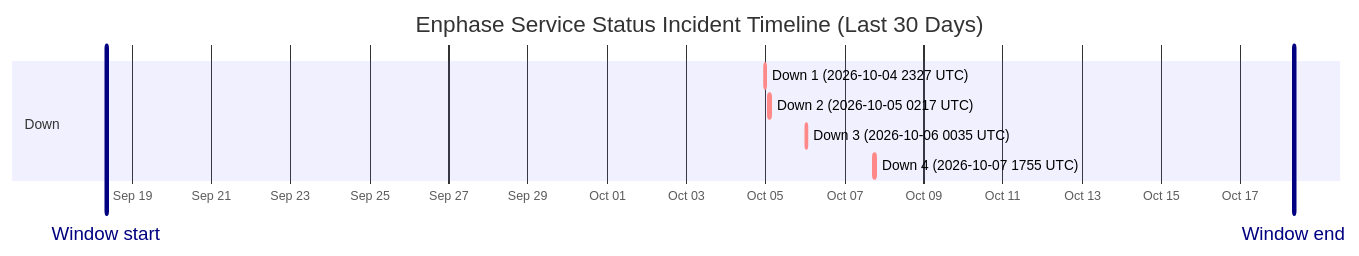
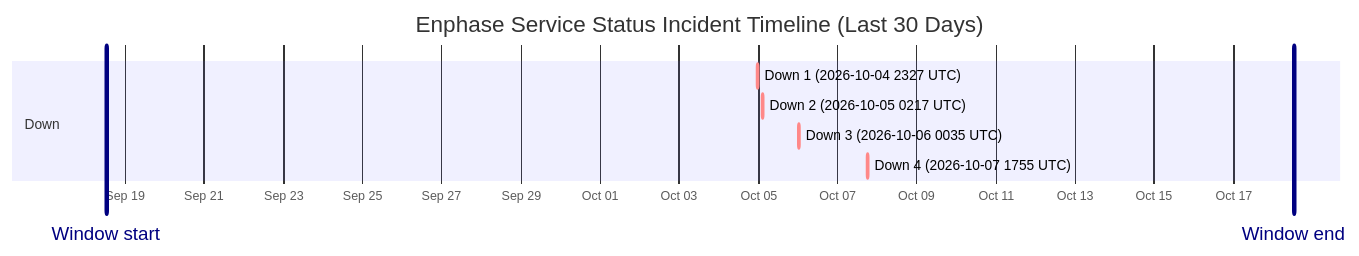
The diagram in wiki/Service-Status-History.md (barneyonline/ha-enphase-energy), drawn with Mermaid before and after one commit. The commit also changed other lines of this file and 3 other files, not shown here.

````diff
--- a/wiki/Service-Status-History.md
+++ b/wiki/Service-Status-History.md
@@ -14,13 +14,13 @@
 ```mermaid
 gantt
     title Enphase Service Status Incident Timeline (Last 30 Days)
     dateFormat  YYYY-MM-DDTHH:mm:ss
     axisFormat  %b %d
-    Window start :vert, window-start, 2026-09-18T08:13:47, 0ms
-    Window end :vert, window-end, 2026-10-18T08:13:47, 0ms
+    Window start :vert, window-start, 2026-09-18T12:42:39, 0ms
+    Window end :vert, window-end, 2026-10-18T12:42:39, 0ms
     section Down
     Down 1 (2026-10-04 2327 UTC) :crit, down-1, 2026-10-04T23:27:34, 60m
     Down 2 (2026-10-05 0217 UTC) :crit, down-2, 2026-10-05T02:17:30, 60m
     Down 3 (2026-10-06 0035 UTC) :crit, down-3, 2026-10-06T00:35:21, 60m
     Down 4 (2026-10-07 1755 UTC) :crit, down-4, 2026-10-07T17:55:16, 60m
 ```
````
